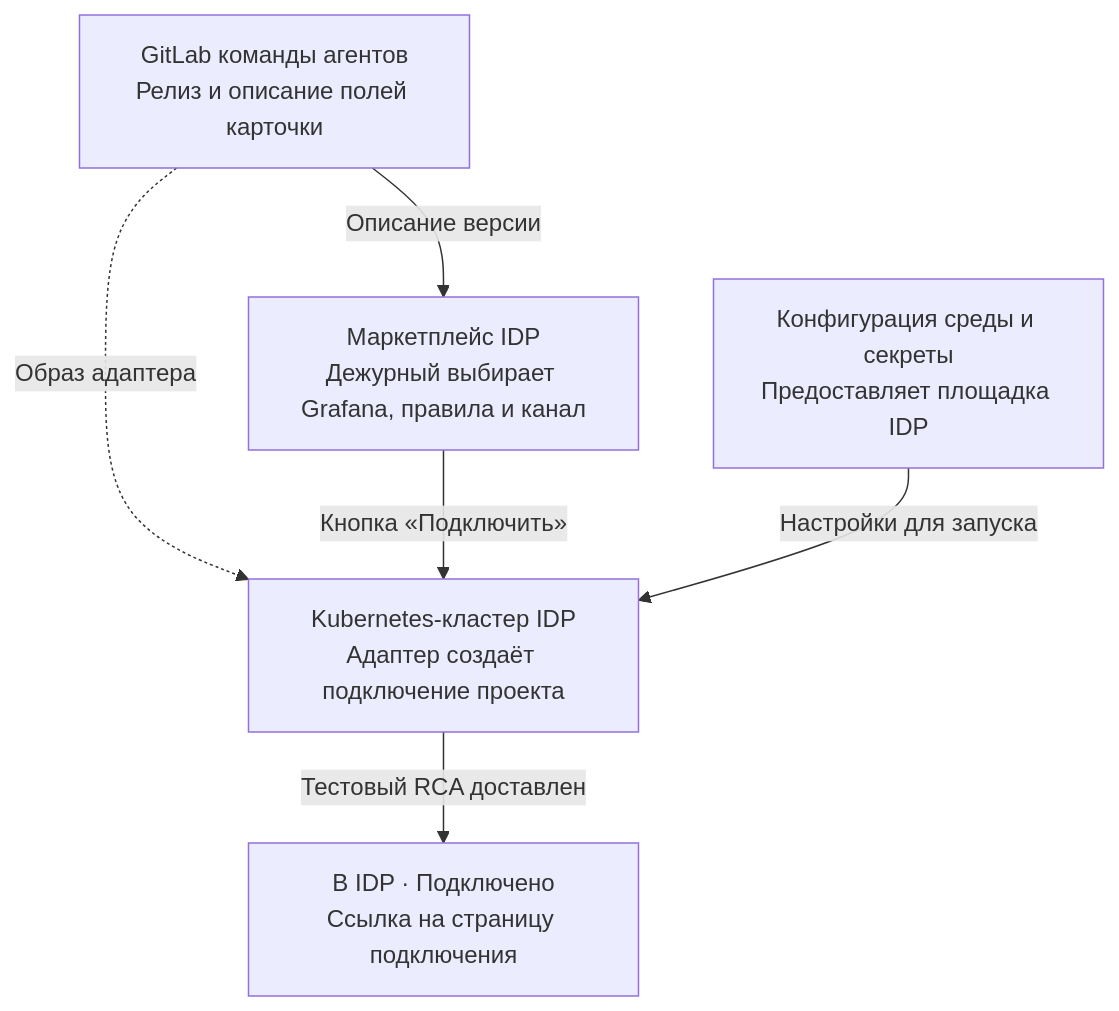
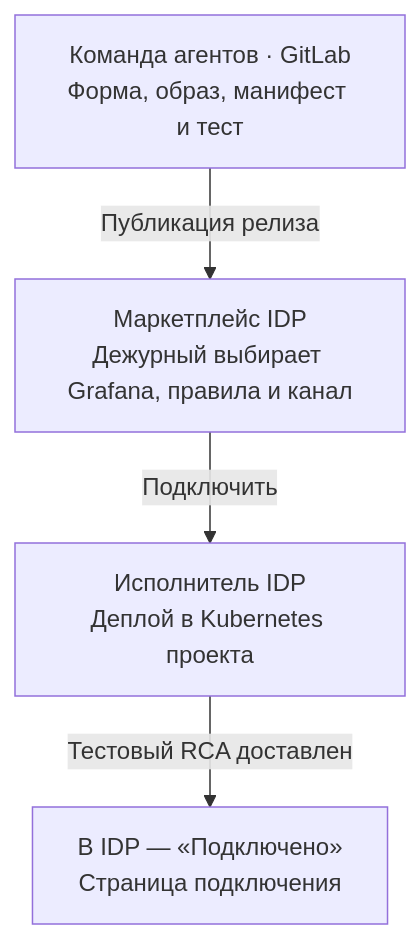
One commit to Dmitriy-Pozdnyakov/agents-marketplace changed the first of 2 diagrams in agents/sre-grafana.md. Above: the diagram before and after it, drawn with Mermaid. The commit also changed other lines of this file and 9 other files, not shown here.

Commit message:
Описать прямой деплой SRE-агента в Kubernetes IDP

````diff
--- a/agents/sre-grafana.md
+++ b/agents/sre-grafana.md
@@ -11,13 +13,10 @@
 ```mermaid
 flowchart TD
-    Repo["GitLab команды агентов<br/>Релиз и описание полей карточки"]
+    Team["Команда агентов · GitLab<br/>Форма, образ, манифест и тест"]
     Card["Маркетплейс IDP<br/>Дежурный выбирает Grafana, правила и канал"]
-    Env["Конфигурация среды и секреты<br/>Предоставляет площадка IDP"]
-    Run["Kubernetes-кластер IDP<br/>Адаптер создаёт подключение проекта"]
-    Ready["В IDP · Подключено<br/>Ссылка на страницу подключения"]
-    Repo -->|Описание версии| Card
-    Repo -.->|Образ адаптера| Run
-    Card -->|Кнопка «Подключить»| Run
-    Env -->|Настройки для запуска| Run
-    Run -->|Тестовый RCA доставлен| Ready
+    Deploy["Исполнитель IDP<br/>Деплой в Kubernetes проекта"]
+    Ready["В IDP — «Подключено»<br/>Страница подключения"]
+    Team -->|Публикация релиза| Card
+    Card -->|Подключить| Deploy
+    Deploy -->|Тестовый RCA доставлен| Ready
 ```
````
